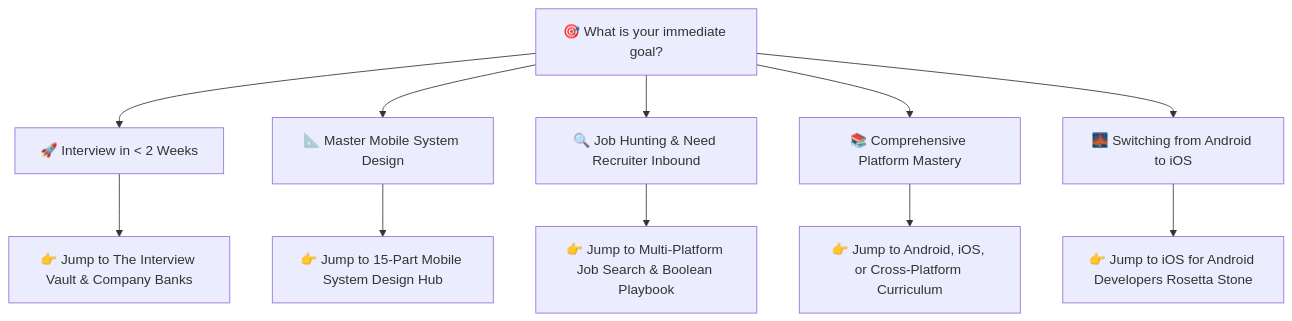
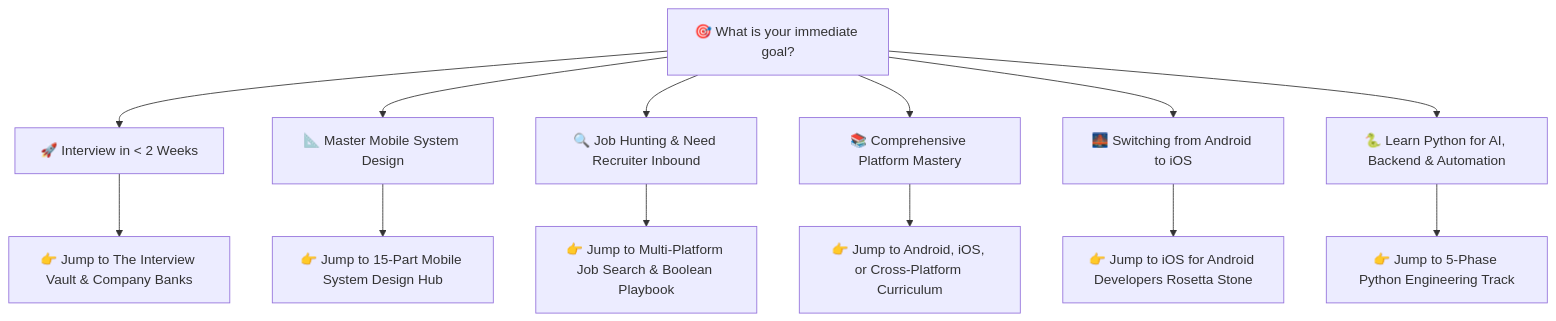
Before and after one commit to vennamprasad/DevCrack-Mobile-Interviews: the diagram in README.md, drawn with Mermaid. The commit also changed other lines of this file and 12 other files, not shown here.

Commit message:
feat: add comprehensive 5-phase Python engineering track and learning curve

````diff
--- a/README.md
+++ b/README.md
@@ -44,14 +46,16 @@
 ```mermaid
 graph TD
     Start[🎯 What is your immediate goal?] --> A[🚀 Interview in < 2 Weeks]
     Start --> B[📐 Master Mobile System Design]
     Start --> C[🔍 Job Hunting & Need Recruiter Inbound]
     Start --> D[📚 Comprehensive Platform Mastery]
     Start --> E[🌉 Switching from Android to iOS]
+    Start --> F[🐍 Learn Python for AI, Backend & Automation]
 
     A --> Vault[👉 Jump to The Interview Vault & Company Banks]
     B --> SysDesign[👉 Jump to 15-Part Mobile System Design Hub]
     C --> JobSearch[👉 Jump to Multi-Platform Job Search & Boolean Playbook]
     D --> Curriculum[👉 Jump to Android, iOS, or Cross-Platform Curriculum]
     E --> Rosetta[👉 Jump to iOS for Android Developers Rosetta Stone]
+    F --> PyTrack[👉 Jump to 5-Phase Python Engineering Track]
 ```
````
